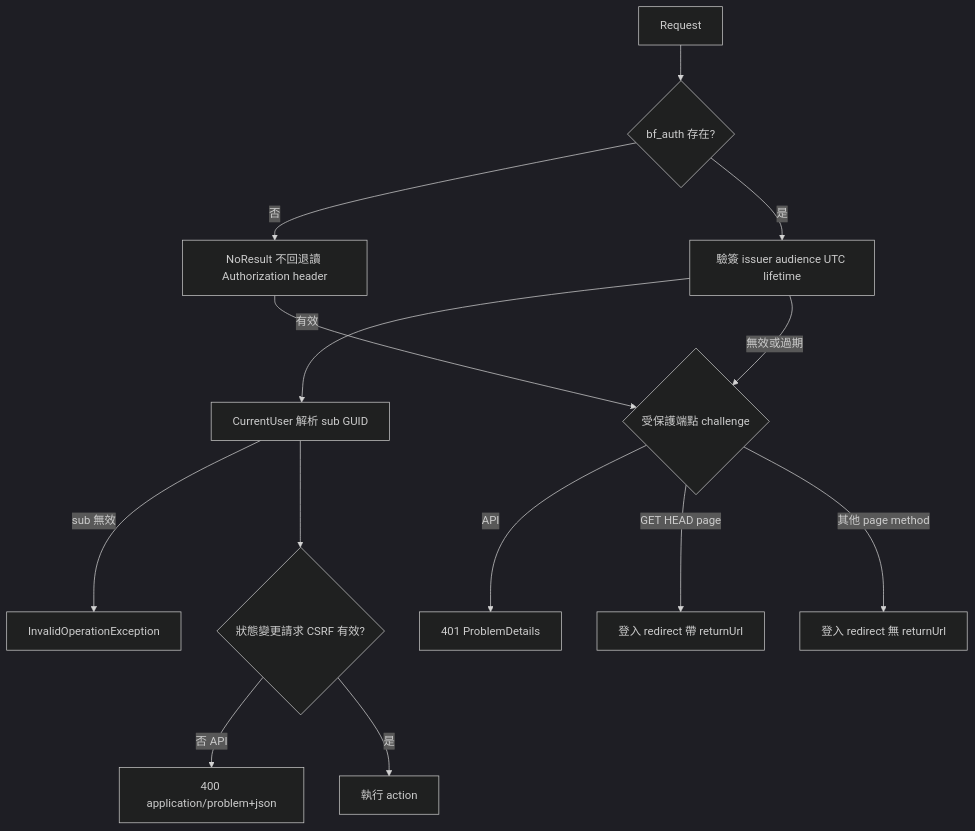
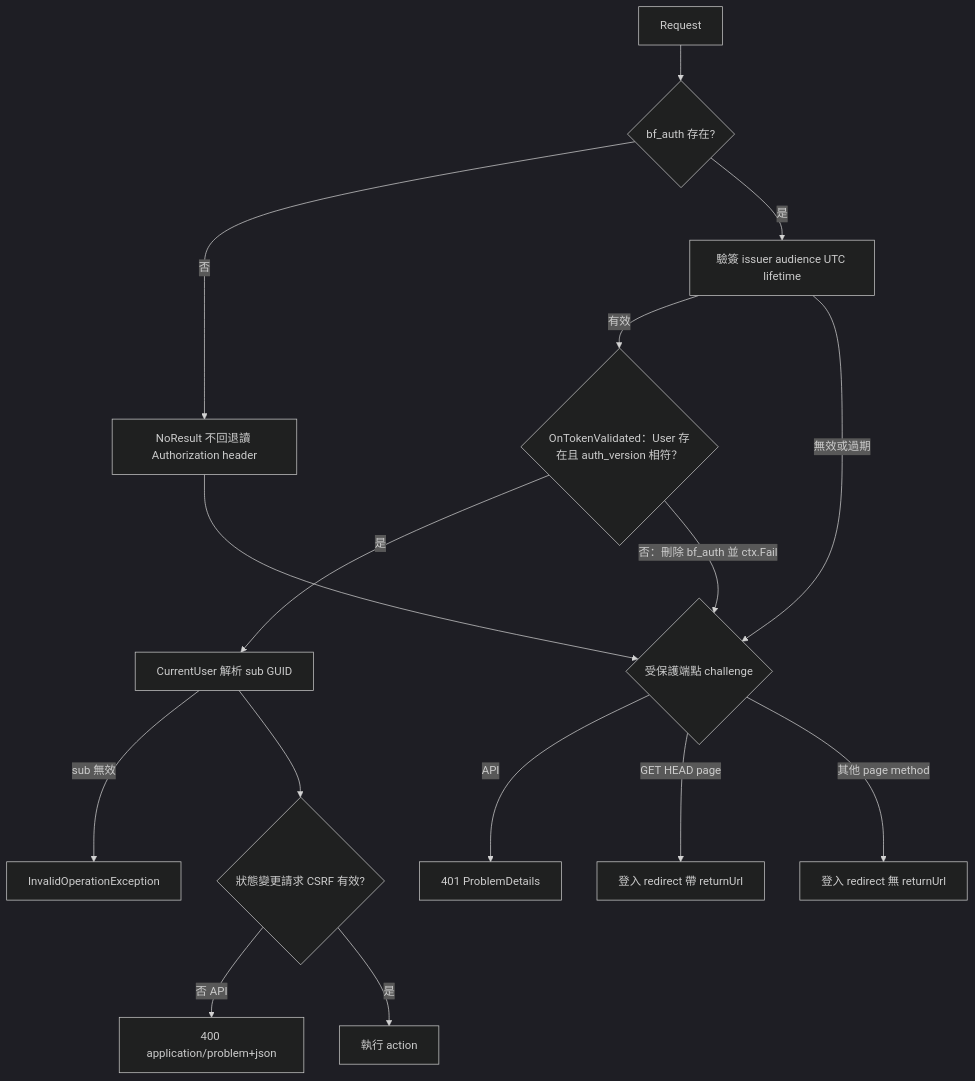
Before and after one commit to Arthur801/Book-Finder: the second of 5 diagrams in Infrastructure/docs/workflow-diagram.md, drawn with Mermaid (dark theme). The commit also changed other lines of this file and 7 other files, not shown here.

Commit message:
docs(identity): record B2 cookie auth_version check in module docs

````diff
--- a/Infrastructure/docs/workflow-diagram.md
+++ b/Infrastructure/docs/workflow-diagram.md
@@ -45,16 +45,18 @@
 ```mermaid
 flowchart TD
   Request[Request] --> Cookie{bf_auth 存在?}
   Cookie -->|否| None[NoResult 不回退讀 Authorization header]
   Cookie -->|是| Validate[驗簽 issuer audience UTC lifetime]
-  Validate -->|有效| User[CurrentUser 解析 sub GUID]
+  Validate -->|有效| Version{OnTokenValidated：User 存在且 auth_version 相符？}
+  Version -->|是| User[CurrentUser 解析 sub GUID]
+  Version -->|否：刪除 bf_auth 並 ctx.Fail| Challenge
   User -->|sub 無效| Bug[InvalidOperationException]
   Validate -->|無效或過期| Challenge
   None --> Challenge{受保護端點 challenge}
   Challenge -->|API| Api[401 ProblemDetails]
   Challenge -->|GET HEAD page| Login[登入 redirect 帶 returnUrl]
   Challenge -->|其他 page method| NoReturn[登入 redirect 無 returnUrl]
   User --> CSRF{狀態變更請求 CSRF 有效?}
   CSRF -->|否 API| Bad[400 application/problem+json]
   CSRF -->|是| Action[執行 action]
 ```
````
